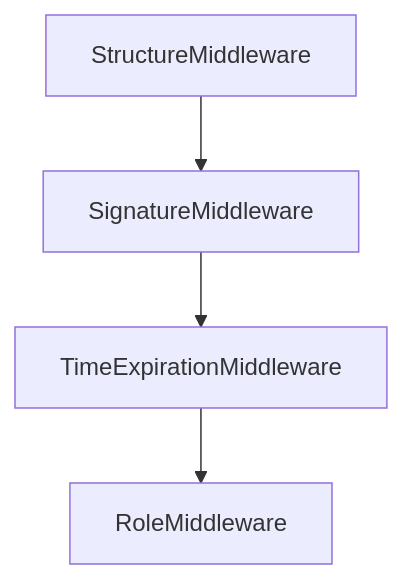
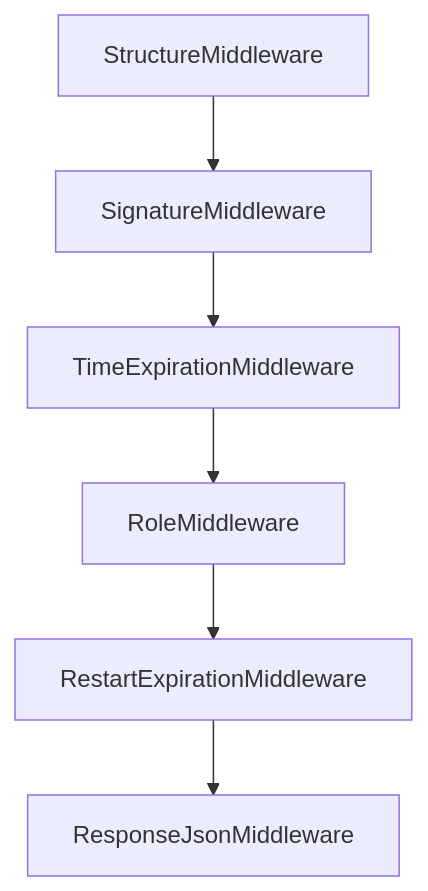
Before and after one commit to AleksandarTulic/User-Manager: the diagram in Backend/README.md, drawn with Mermaid. The commit also changed other lines of this file, not shown here.

````diff
--- a/Backend/README.md
+++ b/Backend/README.md
@@ -41,6 +42,8 @@
 ```mermaid
 graph TD;
   StructureMiddleware-->SignatureMiddleware;
   SignatureMiddleware-->TimeExpirationMiddleware;
   TimeExpirationMiddleware-->RoleMiddleware;
+  RoleMiddleware-->RestartExpirationMiddleware;
+  RestartExpirationMiddleware-->ResponseJsonMiddleware;
 ```
````
